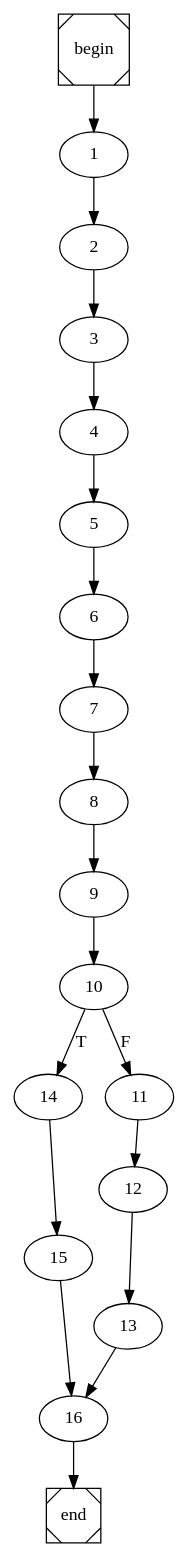
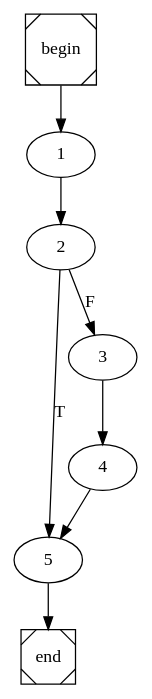
Before and after one commit to arubenruben/JMM-Compiler: the diagram in main.dot, drawn with Graphviz. The commit also changed 5 other files, not shown here.

```diff
--- a/main.dot
+++ b/main.dot
@@ -1,4 +1,4 @@
 digraph cfg {
 	begin [shape=Msquare];
 	end [shape=Msquare];
-	begin -> 1;	1 -> 2;	2 -> 3;	3 -> 4;	4 -> 5;	5 -> 6;	6 -> 7;	7 -> 8;	8 -> 9;	9 -> 10;	10 -> 14[label=T];	10 -> 11[label=F];	11 -> 12;	12 -> 13;	13 -> 16;	14 -> 15;	15 -> 16;	16 -> end;}
+	begin -> 1;	1 -> 2;	2 -> 5[label=T];	2 -> 3[label=F];	3 -> 4;	4 -> 5;	5 -> end;}
```
